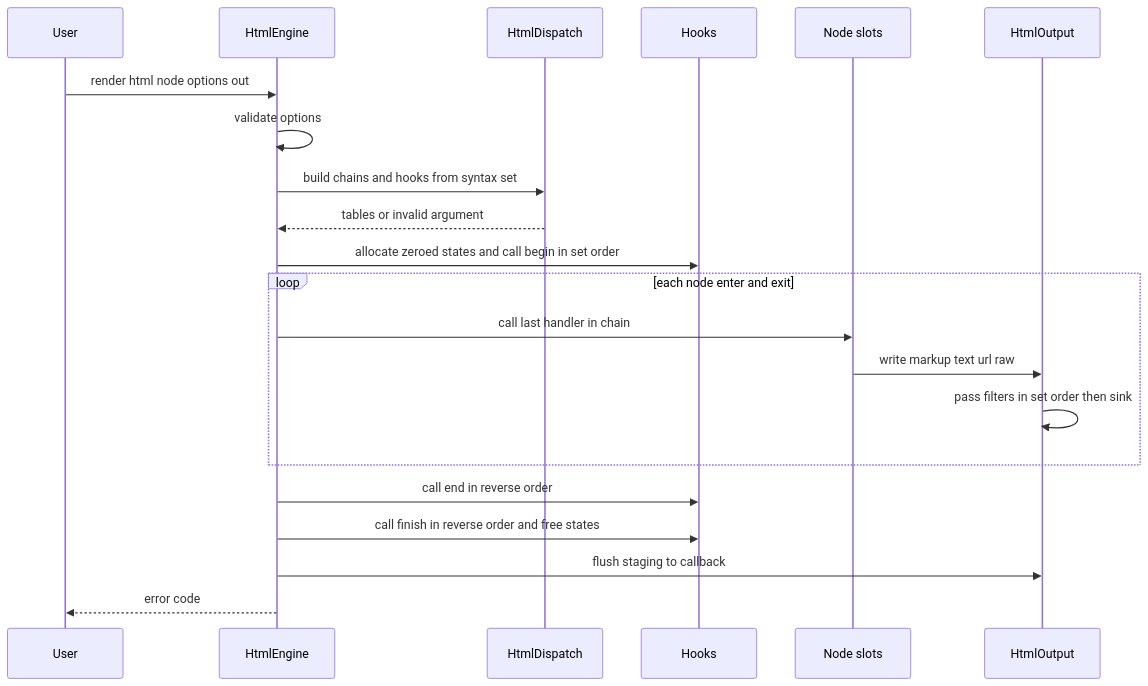
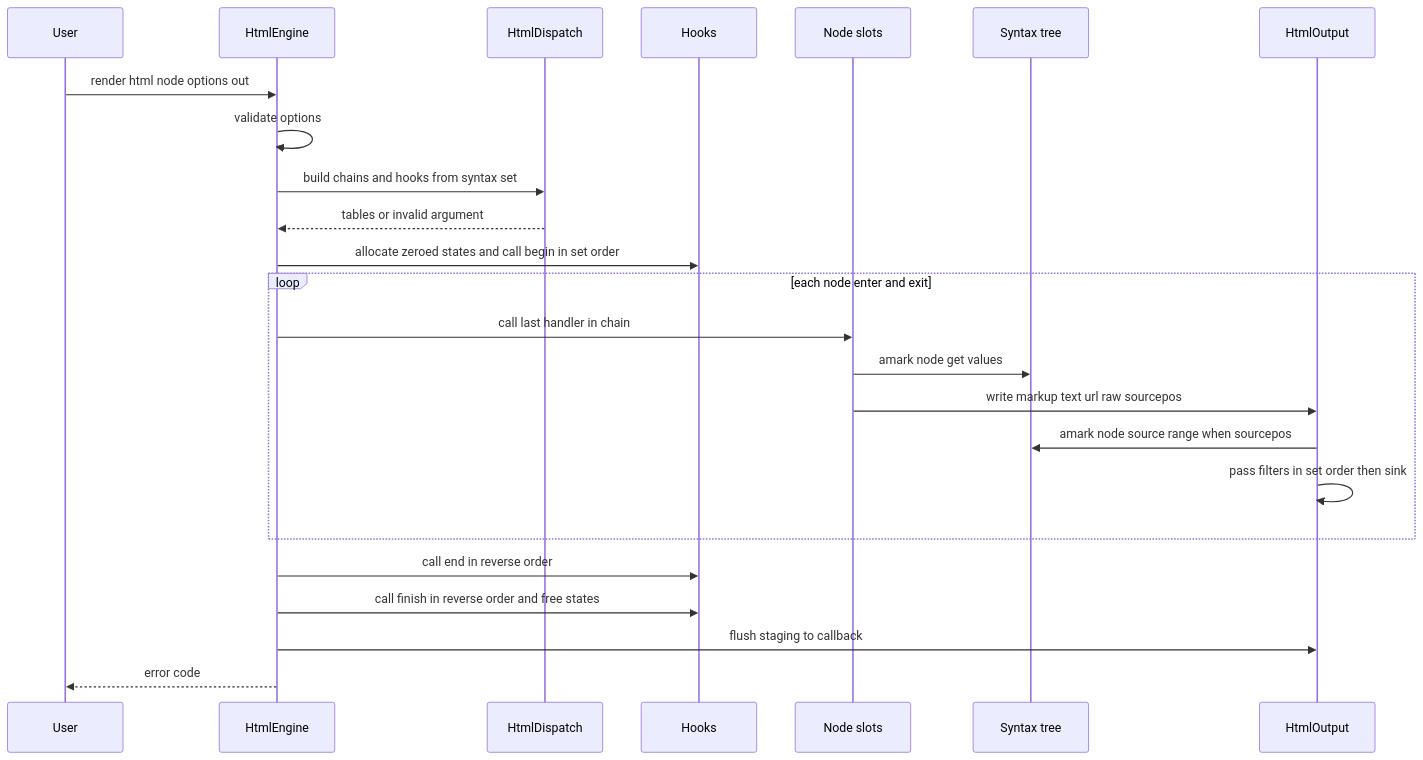
Before and after one commit to ktdevx/amark-private2: the second of 4 diagrams in .kiro/specs/html-renderer/design.md, drawn with Mermaid. The commit also changed other lines of this file and 6 other files, not shown here.

````diff
--- a/.kiro/specs/html-renderer/design.md
+++ b/.kiro/specs/html-renderer/design.md
@@ -179,23 +205,26 @@
 ```mermaid
 sequenceDiagram
     participant U as User
     participant E as HtmlEngine
     participant D as HtmlDispatch
     participant H as Hooks
     participant S as Node slots
+    participant T as Syntax tree
     participant O as HtmlOutput
     U->>E: render html node options out
     E->>E: validate options
     E->>D: build chains and hooks from syntax set
     D-->>E: tables or invalid argument
     E->>H: allocate zeroed states and call begin in set order
     loop each node enter and exit
         E->>S: call last handler in chain
-        S->>O: write markup text url raw
+        S->>T: amark node get values
+        S->>O: write markup text url raw sourcepos
+        O->>T: amark node source range when sourcepos
         O->>O: pass filters in set order then sink
     end
     E->>H: call end in reverse order
     E->>H: call finish in reverse order and free states
     E->>O: flush staging to callback
     E-->>U: error code
 ```
````
